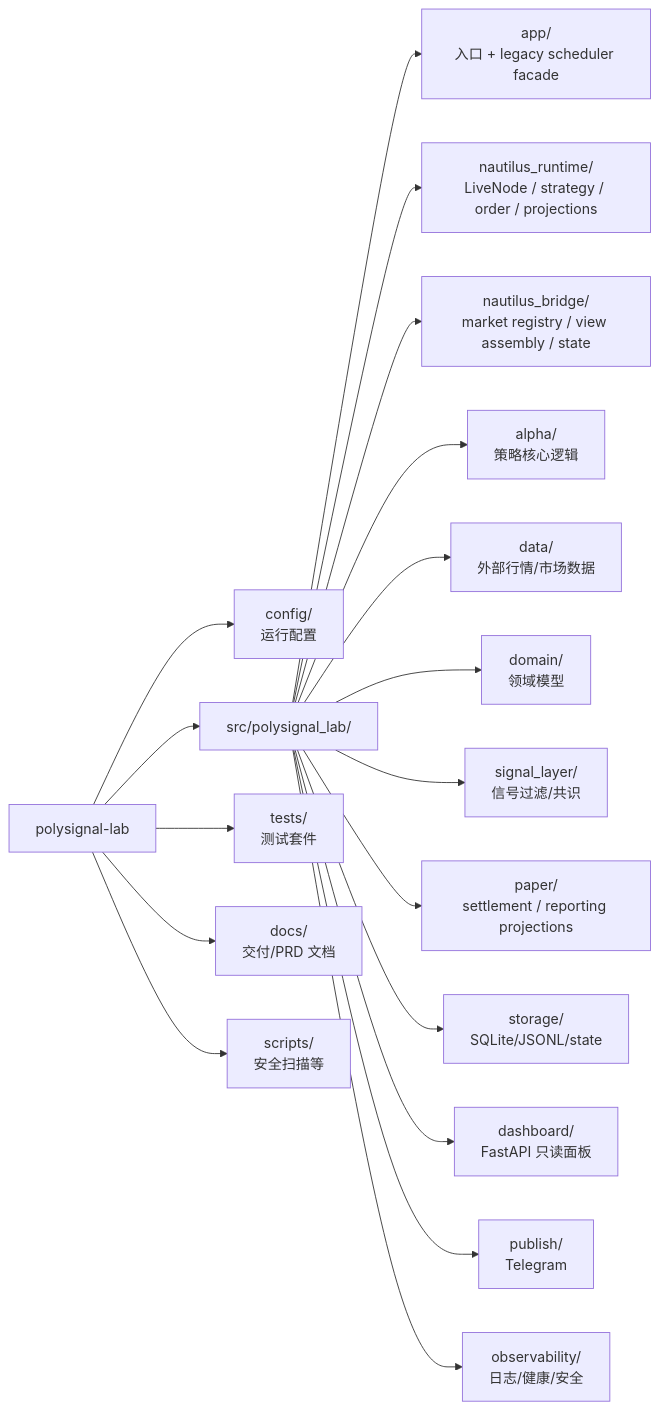
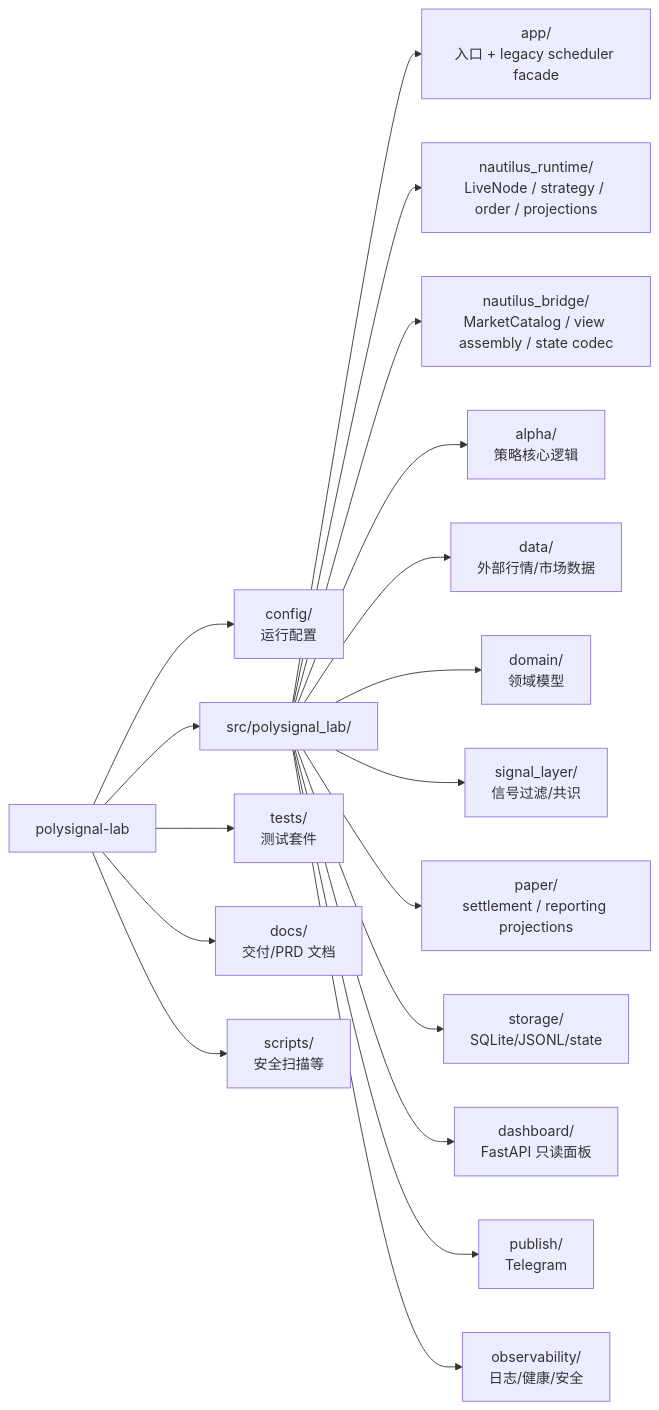
One commit to 6Kmfi6HP/polysignal-lab changed the third of 7 diagrams in docs/PROJECT_ARCHITECTURE_VISUAL.md. Above: the diagram before and after it, drawn with Mermaid. The commit also changed other lines of this file and 2 other files, not shown here.

Commit message:
docs: clarify MarketCatalog runtime boundary

````diff
--- a/docs/PROJECT_ARCHITECTURE_VISUAL.md
+++ b/docs/PROJECT_ARCHITECTURE_VISUAL.md
@@ -76,21 +76,21 @@
 ```mermaid
 flowchart LR
   Root["polysignal-lab"] --> Config["config/<br/>运行配置"]
   Root --> Src["src/polysignal_lab/"]
   Root --> Tests["tests/<br/>测试套件"]
   Root --> Docs["docs/<br/>交付/PRD 文档"]
   Root --> Scripts["scripts/<br/>安全扫描等"]
 
   Src --> App["app/<br/>入口 + legacy scheduler facade"]
   Src --> NautilusRuntime["nautilus_runtime/<br/>LiveNode / strategy / order / projections"]
-  Src --> NautilusBridge["nautilus_bridge/<br/>market registry / view assembly / state"]
+  Src --> NautilusBridge["nautilus_bridge/<br/>MarketCatalog / view assembly / state codec"]
   Src --> Alpha["alpha/<br/>策略核心逻辑"]
   Src --> Data["data/<br/>外部行情/市场数据"]
   Src --> Domain["domain/<br/>领域模型"]
   Src --> Signal["signal_layer/<br/>信号过滤/共识"]
   Src --> Paper["paper/<br/>settlement / reporting projections"]
   Src --> Storage["storage/<br/>SQLite/JSONL/state"]
   Src --> Dashboard["dashboard/<br/>FastAPI 只读面板"]
   Src --> Publish["publish/<br/>Telegram"]
   Src --> Observability["observability/<br/>日志/健康/安全"]
 ```
````
